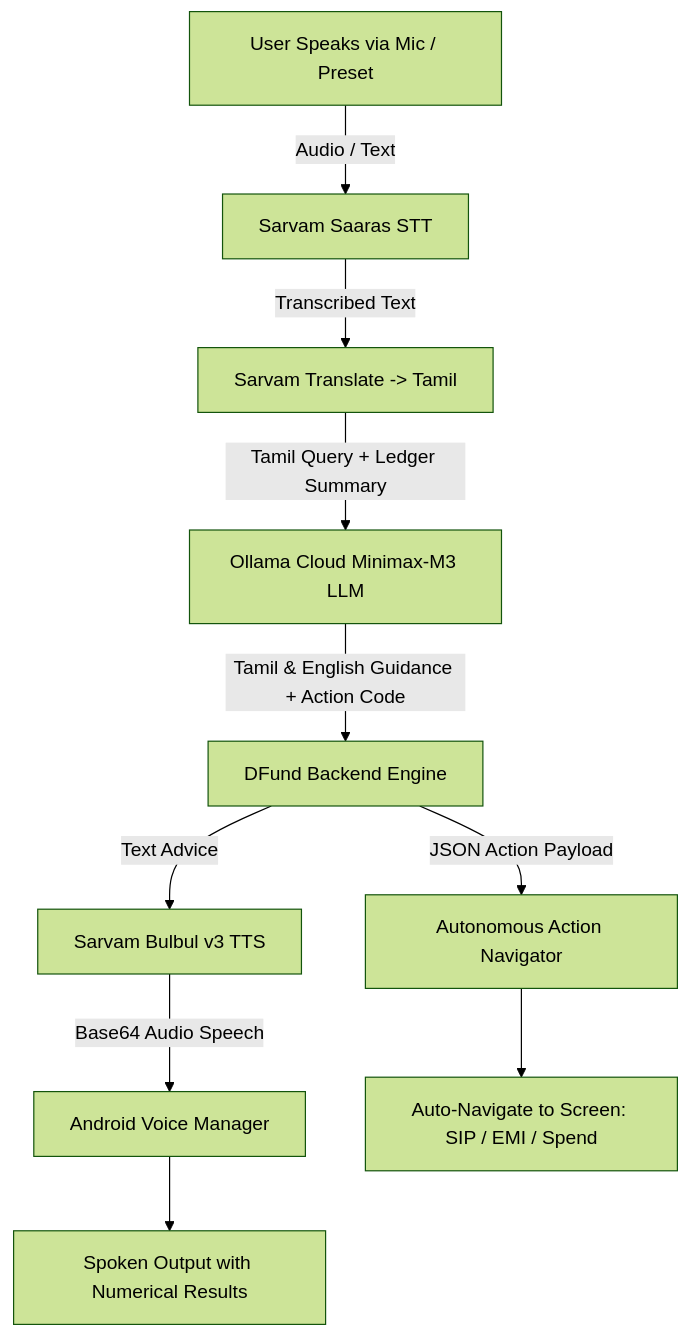
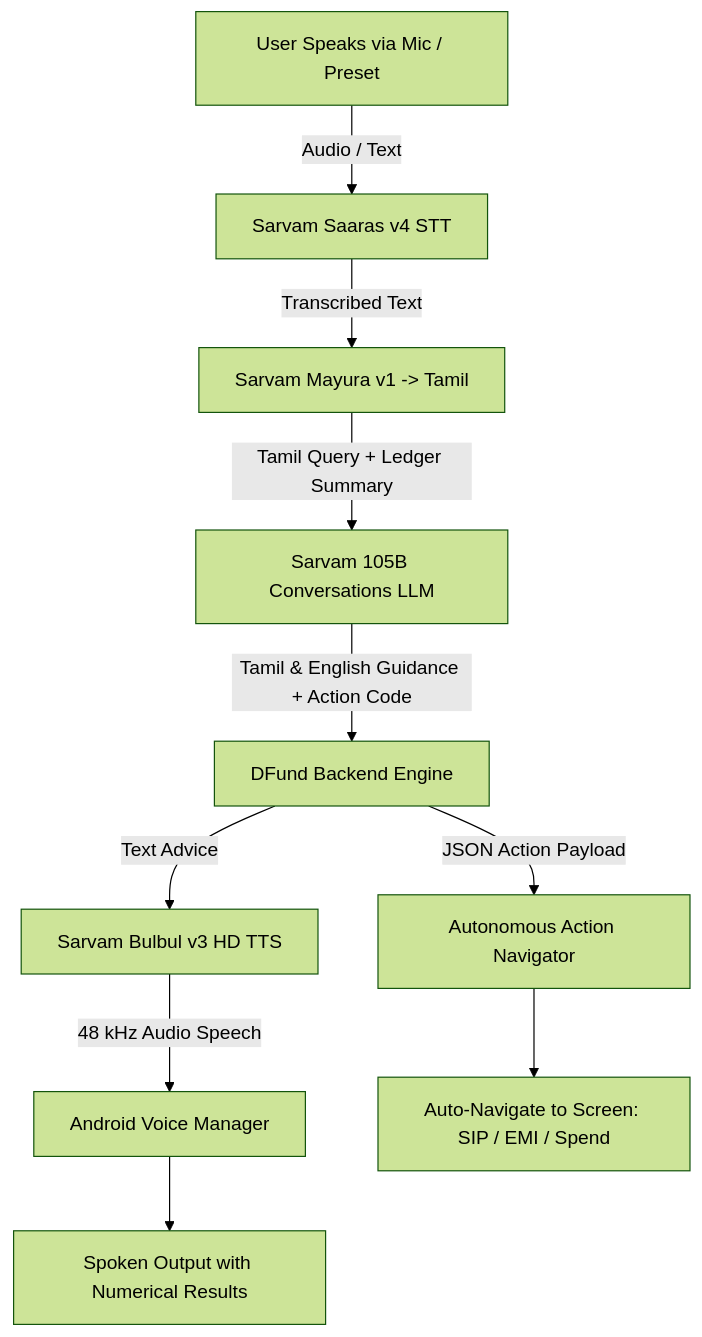
Before and after one commit to Mtrobreaker/Dfund: the diagram in README.md, drawn with Mermaid (forest theme). The commit also changed other lines of this file and 7 other files, not shown here.

Commit message:
feat: Upgrade to full Sarvam AI Indian Regional Suite with Sarvam 105B Conversations LLM, Saaras v4 STT, Mayura v1, and Bulbul v3

````diff
--- a/README.md
+++ b/README.md
@@ -24,12 +25,12 @@
 ```mermaid
 graph TD
-    A[User Speaks via Mic / Preset] -->|Audio / Text| B[Sarvam Saaras STT]
-    B -->|Transcribed Text| C[Sarvam Translate -> Tamil]
-    C -->|Tamil Query + Ledger Summary| D[Ollama Cloud Minimax-M3 LLM]
+    A[User Speaks via Mic / Preset] -->|Audio / Text| B[Sarvam Saaras v4 STT]
+    B -->|Transcribed Text| C[Sarvam Mayura v1 -> Tamil]
+    C -->|Tamil Query + Ledger Summary| D[Sarvam 105B Conversations LLM]
     D -->|Tamil & English Guidance + Action Code| E[DFund Backend Engine]
-    E -->|Text Advice| F[Sarvam Bulbul v3 TTS]
-    F -->|Base64 Audio Speech| G[Android Voice Manager]
+    E -->|Text Advice| F[Sarvam Bulbul v3 HD TTS]
+    F -->|48 kHz Audio Speech| G[Android Voice Manager]
     E -->|JSON Action Payload| H[Autonomous Action Navigator]
     G --> I[Spoken Output with Numerical Results]
     H --> J[Auto-Navigate to Screen: SIP / EMI / Spend]
 ```
````
